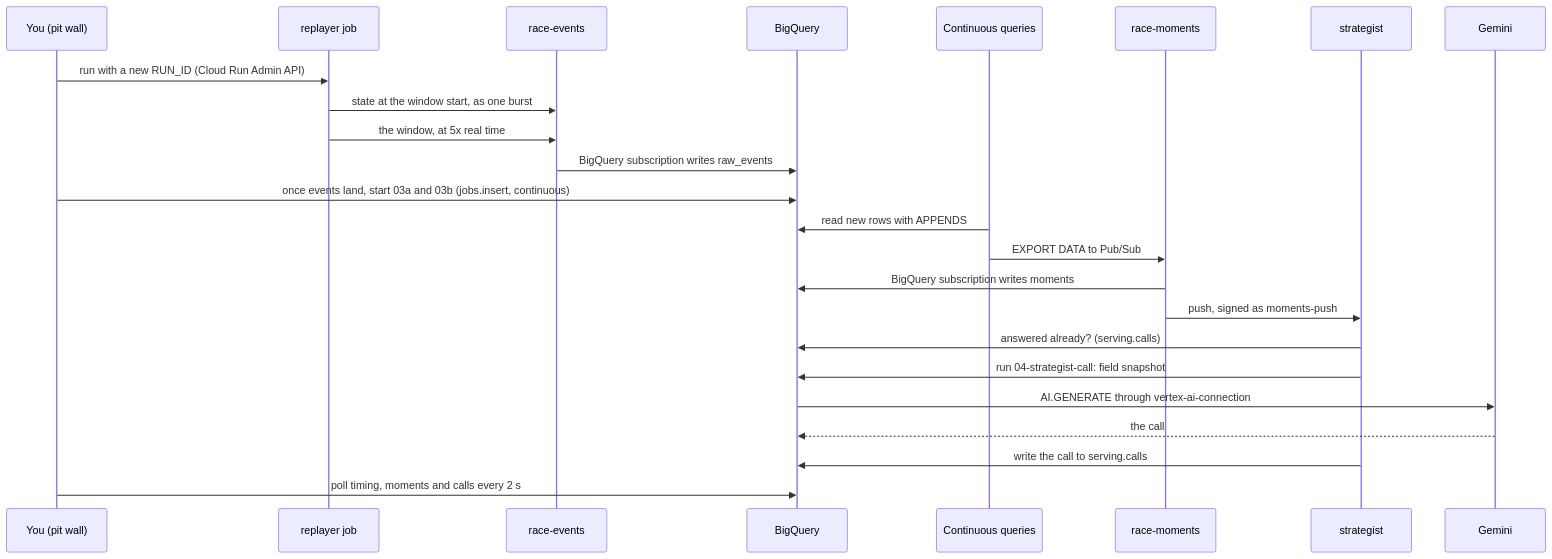
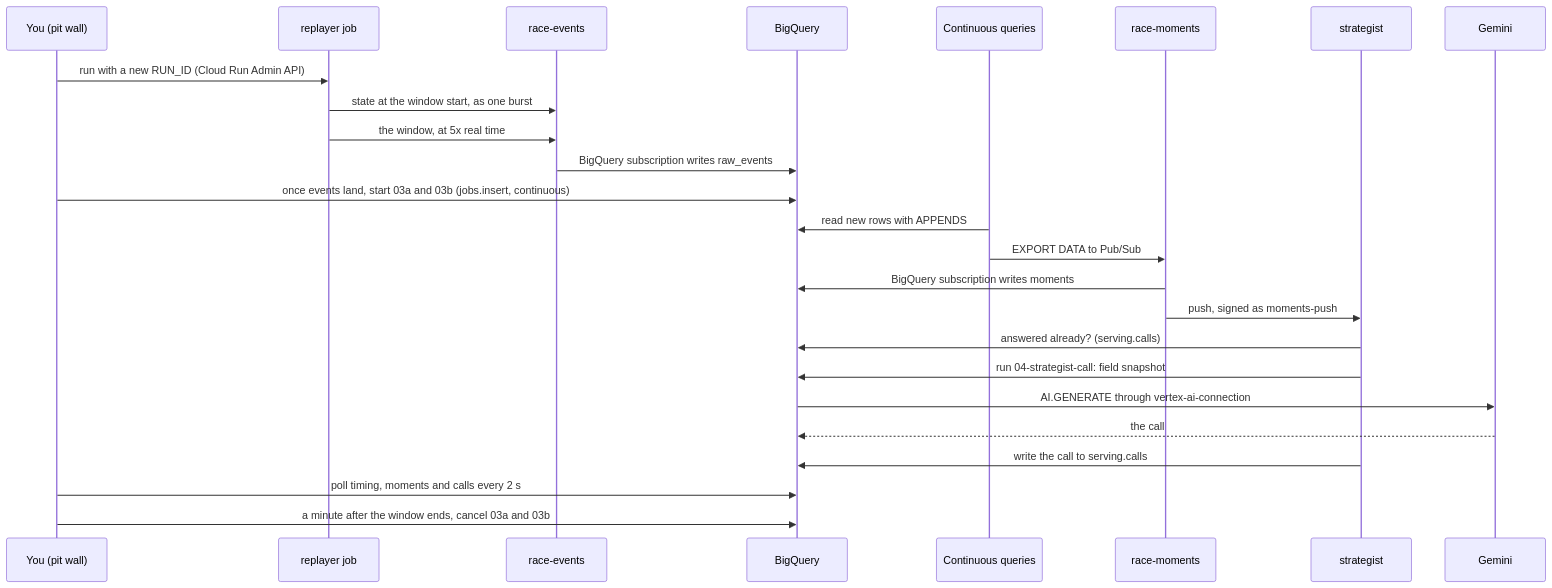
Before and after one commit to gCloud-Tech-Showcase/datacloud-realtime-race-strategy: the second of 2 diagrams in docs/architecture.md, drawn with Mermaid. The commit also changed other lines of this file and 8 other files, not shown here.

````diff
--- a/docs/architecture.md
+++ b/docs/architecture.md
@@ -37,27 +37,28 @@
 ```mermaid
 sequenceDiagram
     participant You as You (pit wall)
     participant Job as replayer job
     participant Events as race-events
     participant BQ as BigQuery
     participant CQ as Continuous queries
     participant Moments as race-moments
     participant Strat as strategist
     participant Gemini as Gemini
 
     You->>Job: run with a new RUN_ID (Cloud Run Admin API)
     Job->>Events: state at the window start, as one burst
     Job->>Events: the window, at 5x real time
     Events->>BQ: BigQuery subscription writes raw_events
     You->>BQ: once events land, start 03a and 03b (jobs.insert, continuous)
     CQ->>BQ: read new rows with APPENDS
     CQ->>Moments: EXPORT DATA to Pub/Sub
     Moments->>BQ: BigQuery subscription writes moments
     Moments->>Strat: push, signed as moments-push
     Strat->>BQ: answered already? (serving.calls)
     Strat->>BQ: run 04-strategist-call: field snapshot
     BQ->>Gemini: AI.GENERATE through vertex-ai-connection
     Gemini-->>BQ: the call
     Strat->>BQ: write the call to serving.calls
     You->>BQ: poll timing, moments and calls every 2 s
+    You->>BQ: a minute after the window ends, cancel 03a and 03b
 ```
````
